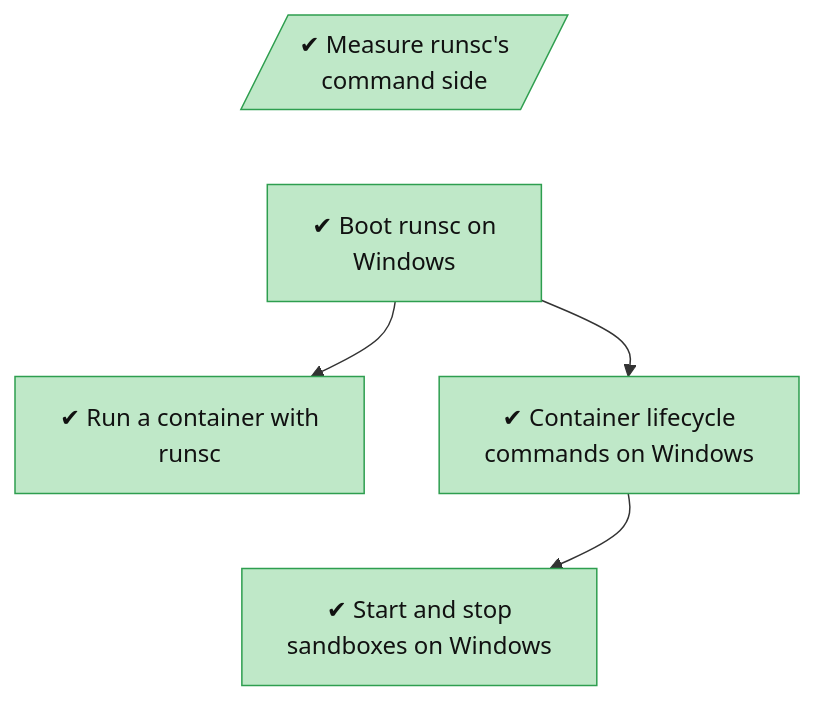
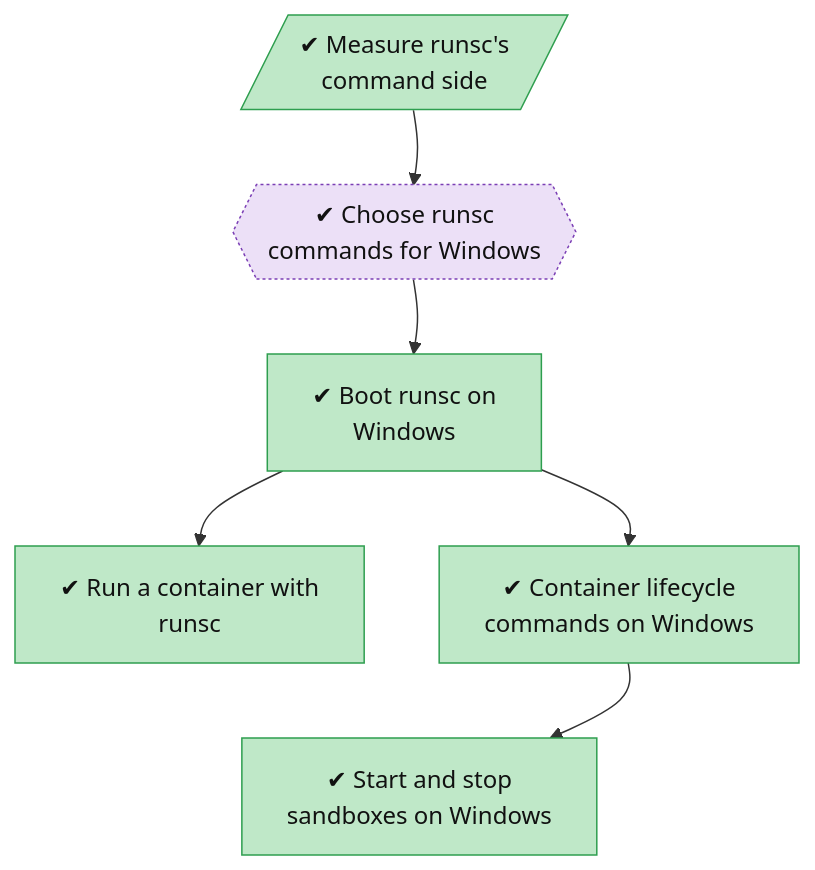
Before and after one commit to lhns/gvisor-windows: the diagram in docs/roadmap/tracks/runsc.md, drawn with Mermaid. The commit also changed 6 other files, not shown here.

````diff
--- a/docs/roadmap/tracks/runsc.md
+++ b/docs/roadmap/tracks/runsc.md
@@ -10,31 +10,36 @@
 ```mermaid
 flowchart TB
     runsc_measure_cli[/"✔ Measure runsc's<br/>command side"/]
+    runsc_windows_commands{{"✔ Choose runsc<br/>commands for Windows"}}
     runsc_windows_boot["✔ Boot runsc on<br/>Windows"]
     runsc_container_on_windows["✔ Run a container with<br/>runsc"]
     runsc_windows_lifecycle_commands["✔ Container lifecycle<br/>commands on Windows"]
     runsc_sandbox_lifecycle["✔ Start and stop<br/>sandboxes on Windows"]
-    runsc_measure_cli ~~~ runsc_windows_boot
+    runsc_measure_cli ~~~ runsc_windows_commands
+    runsc_windows_commands ~~~ runsc_windows_boot
     runsc_windows_boot ~~~ runsc_container_on_windows
     runsc_windows_boot ~~~ runsc_windows_lifecycle_commands
     runsc_container_on_windows ~~~ runsc_sandbox_lifecycle
     runsc_windows_lifecycle_commands ~~~ runsc_sandbox_lifecycle
+    runsc_measure_cli --> runsc_windows_commands
+    runsc_windows_commands --> runsc_windows_boot
     runsc_windows_boot --> runsc_container_on_windows
     runsc_windows_boot --> runsc_windows_lifecycle_commands
     runsc_windows_lifecycle_commands --> runsc_sandbox_lifecycle
     classDef vsucc fill:#2e9e4f,stroke:#1b6b34,color:#fff
     classDef succ fill:#bfe8c8,stroke:#2e9e4f,color:#111
     classDef mixed fill:#ffd37a,stroke:#c98a00,color:#111
     classDef bad fill:#f28b82,stroke:#b3261e,color:#111
     classDef dead fill:#e6e6e6,stroke:#777,stroke-dasharray:5 5,color:#555
     classDef inprog fill:#a8cdf5,stroke:#1f6fc5,color:#111
     classDef next fill:#fff,stroke:#333,color:#111
     classDef blocked fill:#fff,stroke:#b3261e,stroke-dasharray:2 2,color:#111
     classDef parked fill:#f3f3f3,stroke:#999,color:#555
     classDef unrated fill:#fff,stroke:#333,stroke-dasharray:1 3,color:#111
     classDef gate fill:#d9c2f0,stroke:#7b3fb5,color:#111
     classDef decided fill:#ece0f7,stroke:#7b3fb5,stroke-dasharray:2 2,color:#111
     classDef finding fill:#ffe0b2,stroke:#d84315,stroke-width:2px,color:#111
     classDef waiting fill:#e3f2fd,stroke:#1f6fc5,stroke-dasharray:5 5,color:#111
     class runsc_measure_cli,runsc_windows_boot,runsc_container_on_windows,runsc_windows_lifecycle_commands,runsc_sandbox_lifecycle succ
+    class runsc_windows_commands decided
 ```
````
